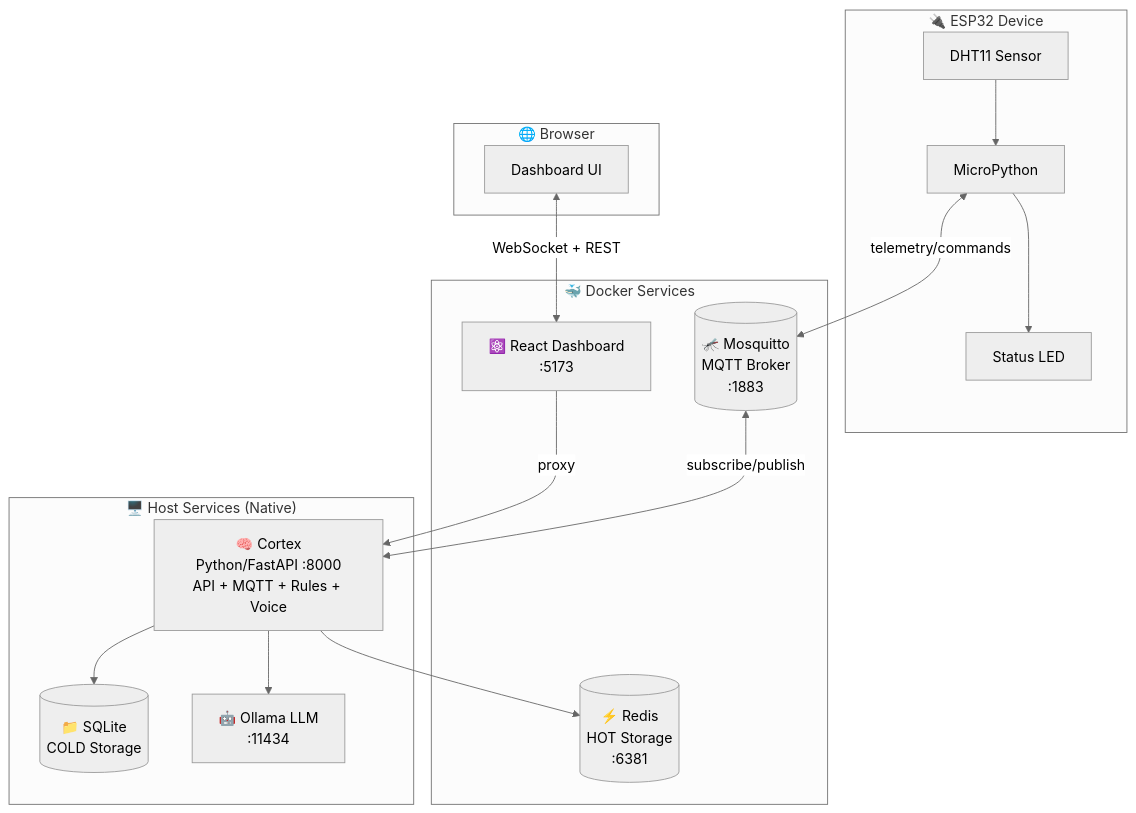
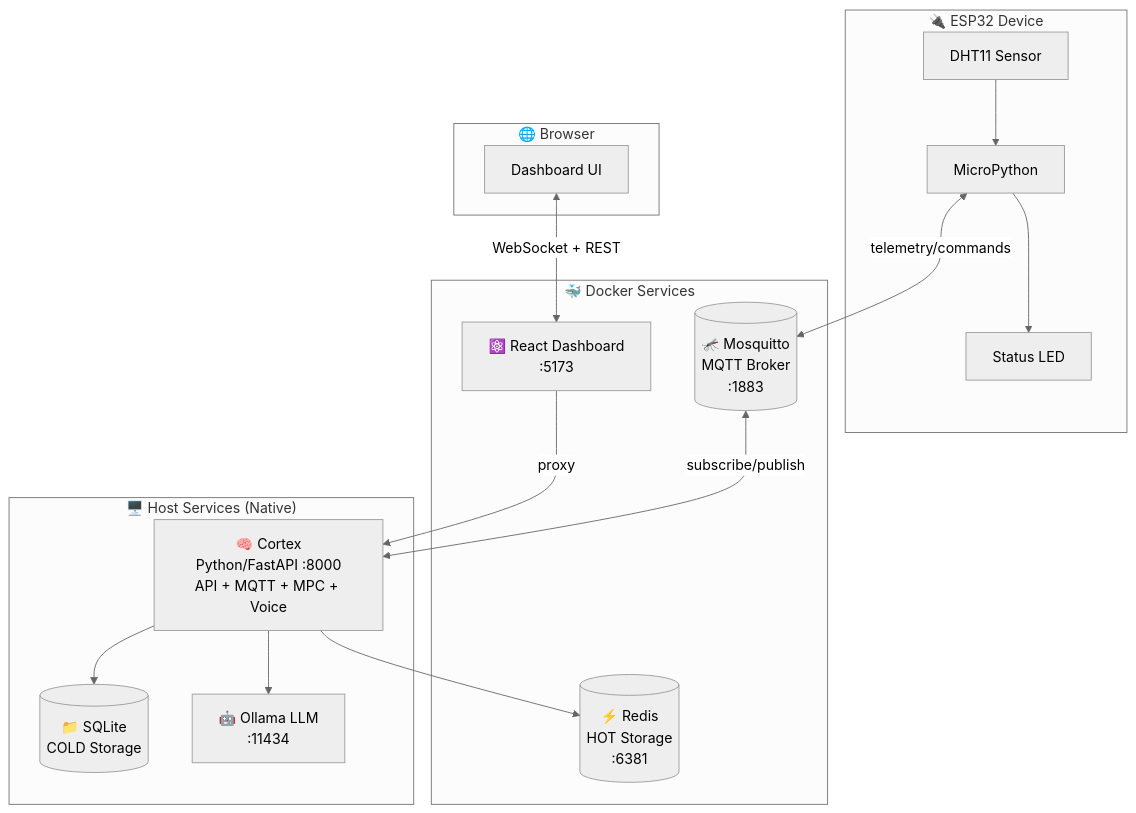
Before and after one commit to curtisblanchette/my-esp32-project: the first of 7 diagrams in README.md, drawn with Mermaid (neutral theme). The commit also changed other lines of this file and 82 other files, not shown here.

First line of the commit message:
refactor(cortex): pivot from rules engine to MPC-only control plane

````diff
--- a/README.md
+++ b/README.md
@@ -46,37 +43,37 @@
 ```mermaid
 flowchart TB
     subgraph Device["🔌 ESP32 Device"]
         DHT[DHT11 Sensor]
         LED[Status LED]
         MPY[MicroPython]
     end
 
     subgraph Docker["🐳 Docker Services"]
         MQTT[("🦟 Mosquitto<br/>MQTT Broker<br/>:1883")]
         Redis[("⚡ Redis<br/>HOT Storage<br/>:6381")]
         WEB["⚛️ React Dashboard<br/>:5173"]
     end
 
     subgraph Host["🖥️ Host Services (Native)"]
-        Cortex["🧠 Cortex<br/>Python/FastAPI :8000<br/>API + MQTT + Rules + Voice"]
+        Cortex["🧠 Cortex<br/>Python/FastAPI :8000<br/>API + MQTT + MPC + Voice"]
         SQLite[("📁 SQLite<br/>COLD Storage")]
         Ollama["🤖 Ollama LLM<br/>:11434"]
     end
 
     subgraph Browser["🌐 Browser"]
         Dashboard["Dashboard UI"]
     end
 
     DHT --> MPY
     MPY --> LED
     MPY <-->|telemetry/commands| MQTT
 
     MQTT <-->|subscribe/publish| Cortex
 
     Cortex --> Redis
     Cortex --> SQLite
     Cortex --> Ollama
 
     WEB -->|proxy| Cortex
     Dashboard <-->|WebSocket + REST| WEB
 ```
````
